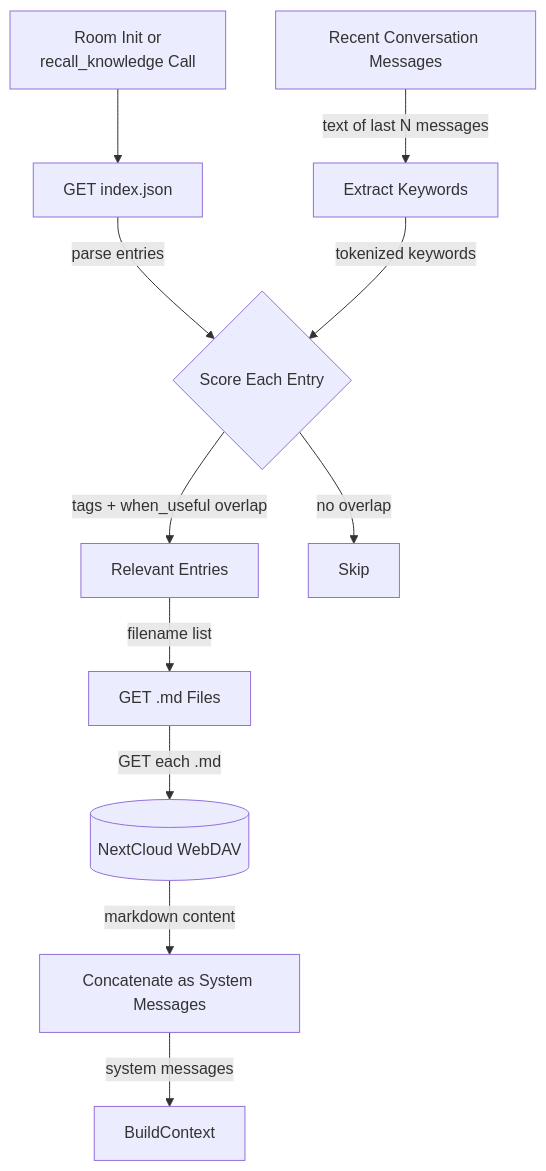
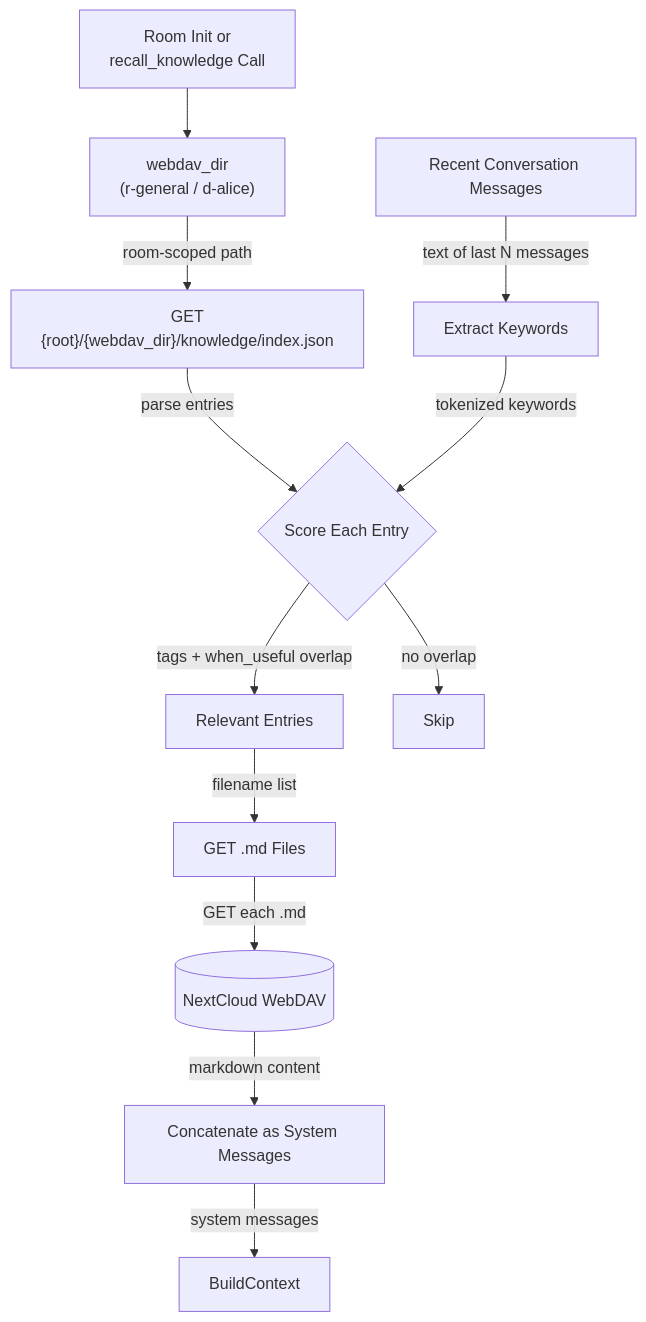
The fifth of 5 diagrams in _dfds/base/knowledge.md (cosmoswafer/rockbot), drawn with Mermaid before and after one commit. The commit also changed other lines of this file and 1 other file, not shown here.

Commit message:
dfd: fix remaining room_id/webdav_dir ambiguity in agent-loop and knowledge retrieval
- agent-loop.md: rename webdav_root→webdav_dir, clarify room_id is UUID
- knowledge.md 2e: add explicit webdav_dir as input to GET_IDX, note
  per-room scoping in diagram description

````diff
--- a/_dfds/base/knowledge.md
+++ b/_dfds/base/knowledge.md
@@ -167,25 +172,27 @@
 ```mermaid
 flowchart TD
     INIT[Room Init or<br/>recall_knowledge Call]
-    GET_IDX[GET index.json]
+    ROOM["webdav_dir<br/>(r-general / d-alice)"]
+    GET_IDX["GET<br/>{root}/{webdav_dir}/knowledge/index.json"]
     DAV[(NextCloud WebDAV)]
     CTX_MSGS[Recent Conversation Messages]
     EXTRACT_KW[Extract Keywords]
     SCORE{Score Each Entry}
     RELEVANT[Relevant Entries]
     LOAD[GET .md Files]
     CONCAT[Concatenate as System Messages]
     INJECT[BuildContext]
     SKIP[Skip]
 
-    INIT --> GET_IDX
+    INIT --> ROOM
+    ROOM -->|"room-scoped path"| GET_IDX
     GET_IDX -->|"parse entries"| SCORE
     CTX_MSGS -->|"text of last N messages"| EXTRACT_KW
     EXTRACT_KW -->|"tokenized keywords"| SCORE
     SCORE -->|"tags + when_useful overlap"| RELEVANT
     SCORE -->|"no overlap"| SKIP
     RELEVANT -->|"filename list"| LOAD
     LOAD -->|"GET each .md"| DAV
     DAV -->|"markdown content"| CONCAT
     CONCAT -->|"system messages"| INJECT
 ```
````
